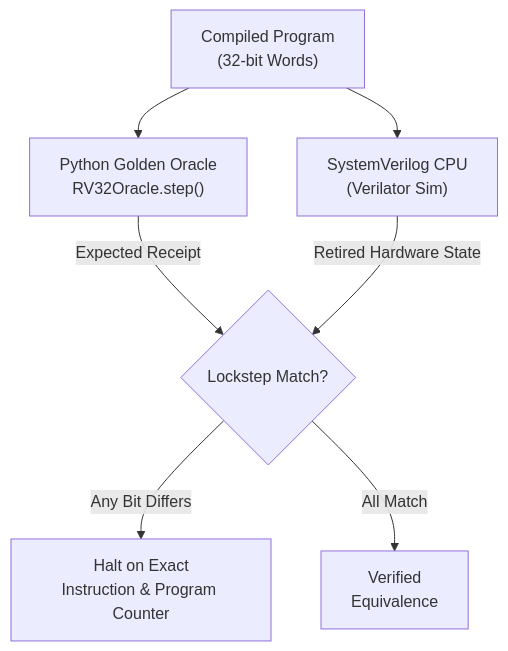
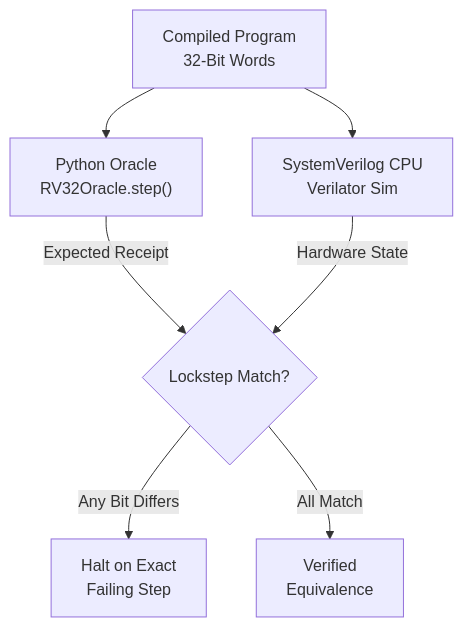
Before and after one commit to Ethanex8/apex: the first of 3 diagrams in systems/brain/chapters/01_isa_and_binary_arithmetic.md, drawn with Mermaid. The commit also changed other lines of this file and 30 other files, not shown here.

````diff
--- a/systems/brain/chapters/01_isa_and_binary_arithmetic.md
+++ b/systems/brain/chapters/01_isa_and_binary_arithmetic.md
@@ -17,10 +20,10 @@
 ```mermaid
 flowchart TD
-    PROG["Compiled Program<br/>(32-bit Words)"]
-    PROG --> ORACLE["Python Golden Oracle<br/>RV32Oracle.step()"]
-    PROG --> RTL["SystemVerilog CPU<br/>(Verilator Sim)"]
+    PROG["Compiled Program<br/>32-Bit Words"]
+    PROG --> ORACLE["Python Oracle<br/>RV32Oracle.step()"]
+    PROG --> RTL["SystemVerilog CPU<br/>Verilator Sim"]
     ORACLE -->|"Expected Receipt"| CMP{"Lockstep Match?"}
-    RTL -->|"Retired Hardware State"| CMP
-    CMP -->|"Any Bit Differs"| BUG["Halt on Exact<br/>Instruction & Program Counter"]
+    RTL -->|"Hardware State"| CMP
+    CMP -->|"Any Bit Differs"| BUG["Halt on Exact<br/>Failing Step"]
     CMP -->|"All Match"| PASS["Verified<br/>Equivalence"]
 ```
````
